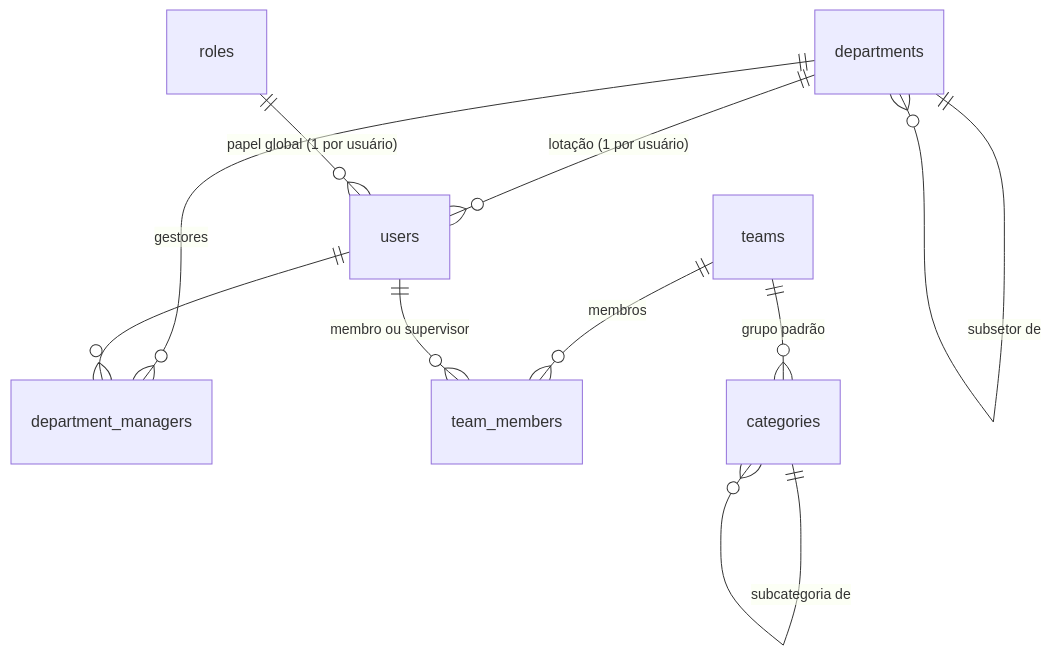
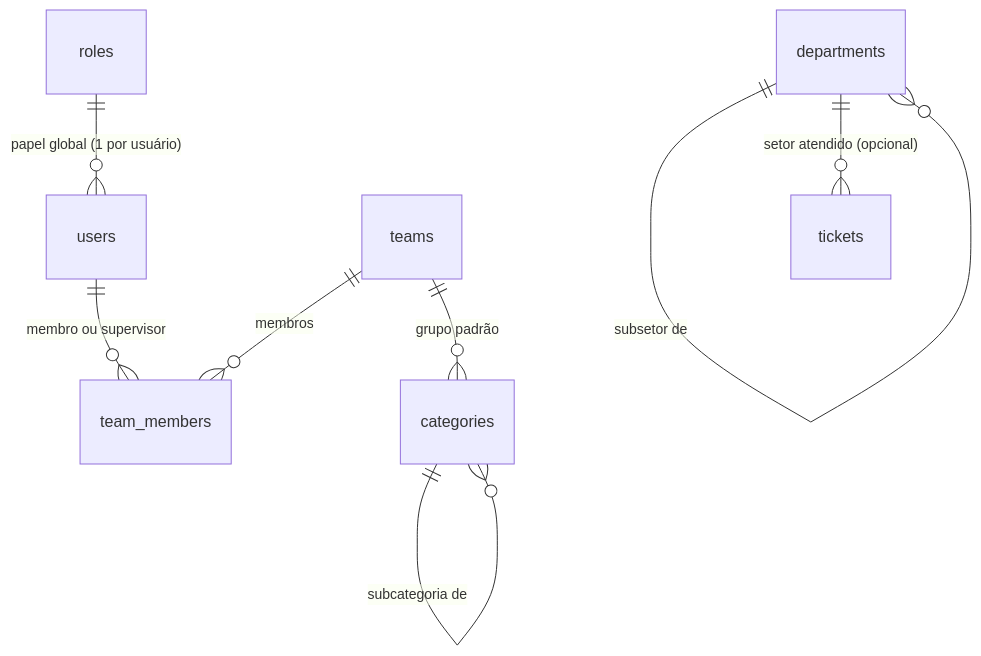
The diagram in docs/08-organizacao-e-permissoes.md (0LB-i/ticketflow), drawn with Mermaid before and after one commit. The commit also changed other lines of this file and 21 other files, not shown here.

````diff
--- a/docs/08-organizacao-e-permissoes.md
+++ b/docs/08-organizacao-e-permissoes.md
@@ -17,12 +17,10 @@
 ```mermaid
 erDiagram
-    departments ||--o{ departments : "subsetor de"
-    departments ||--o{ users : "lotação (1 por usuário)"
-    departments ||--o{ department_managers : "gestores"
-    users ||--o{ department_managers : ""
     roles ||--o{ users : "papel global (1 por usuário)"
     teams ||--o{ team_members : "membros"
     users ||--o{ team_members : "membro ou supervisor"
+    departments ||--o{ departments : "subsetor de"
+    departments ||--o{ tickets : "setor atendido (opcional)"
     categories ||--o{ categories : "subcategoria de"
     teams ||--o{ categories : "grupo padrão"
 ```
````
